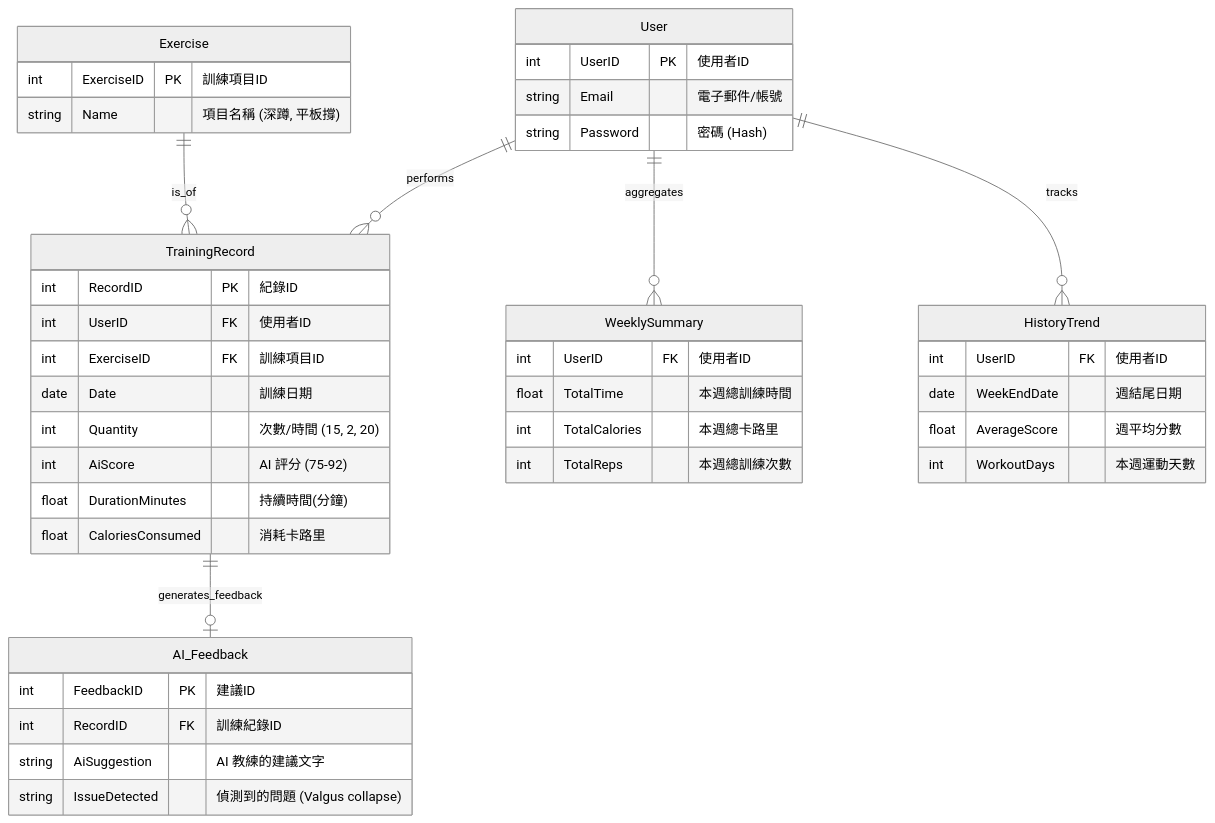
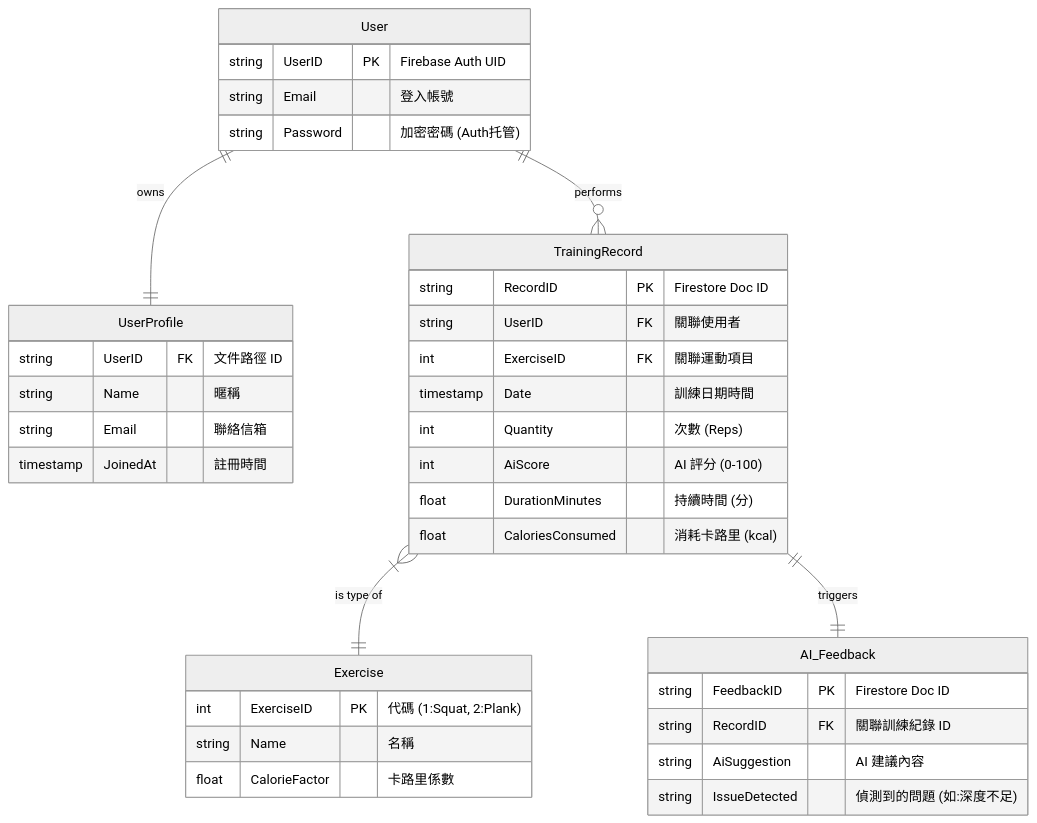
One commit to kyw012/team-project changed the diagram in hw7.md. Above: the diagram before and after it, drawn with Mermaid (neutral theme). The commit also changed other lines of this file, not shown here.

Commit message:
Revise ERD with updated entity definitions
Updated entity definitions and relationships in the ERD. Removed composite entities and refined attributes for clarity.

````diff
--- a/hw7.md
+++ b/hw7.md
@@ -3,57 +3,48 @@
 ```mermaid
 erDiagram
+    %% 使用者主體 (由 Firebase Auth 與 Firestore Profile 構成)
+    User ||--|| UserProfile : "owns"
+    User ||--o{ TrainingRecord : "performs"
+    
+    %% 訓練紀錄與其他實體的關係
+    TrainingRecord }|--|| Exercise : "is type of"
+    TrainingRecord ||--|| AI_Feedback : "triggers"
+
     %% 實體定義
     User {
-        int UserID PK "使用者ID"
-        string Email "電子郵件/帳號"
-        string Password "密碼 (Hash)"
+        string UserID PK "Firebase Auth UID"
+        string Email "登入帳號"
+        string Password "加密密碼 (Auth托管)"
+    }
+
+    UserProfile {
+        string UserID FK "文件路徑 ID"
+        string Name "暱稱"
+        string Email "聯絡信箱"
+        timestamp JoinedAt "註冊時間"
     }
 
     Exercise {
-        int ExerciseID PK "訓練項目ID"
-        string Name "項目名稱 (深蹲, 平板撐)"
+        int ExerciseID PK "代碼 (1:Squat, 2:Plank)"
+        string Name "名稱"
+        float CalorieFactor "卡路里係數"
     }
 
     TrainingRecord {
-        int RecordID PK "紀錄ID"
-        int UserID FK "使用者ID"
-        int ExerciseID FK "訓練項目ID"
-        date Date "訓練日期"
-        int Quantity "次數/時間 (15, 2, 20)"
-        int AiScore "AI 評分 (75-92)"
-        float DurationMinutes "持續時間(分鐘)"
-        float CaloriesConsumed "消耗卡路里"
+        string RecordID PK "Firestore Doc ID"
+        string UserID FK "關聯使用者"
+        int ExerciseID FK "關聯運動項目"
+        timestamp Date "訓練日期時間"
+        int Quantity "次數 (Reps)"
+        int AiScore "AI 評分 (0-100)"
+        float DurationMinutes "持續時間 (分)"
+        float CaloriesConsumed "消耗卡路里 (kcal)"
     }
 
     AI_Feedback {
-        int FeedbackID PK "建議ID"
-        int RecordID FK "訓練紀錄ID"
-        string AiSuggestion "AI 教練的建議文字"
-        string IssueDetected "偵測到的問題 (Valgus collapse)"
+        string FeedbackID PK "Firestore Doc ID"
+        string RecordID FK "關聯訓練紀錄 ID"
+        string AiSuggestion "AI 建議內容"
+        string IssueDetected "偵測到的問題 (如:深度不足)"
     }
-
-    %% 組合實體 (Composite Entities) - 基於 TrainingRecord 聚合
-
-    WeeklySummary {
-        int UserID FK "使用者ID"
-        float TotalTime "本週總訓練時間"
-        int TotalCalories "本週總卡路里"
-        int TotalReps "本週總訓練次數"
-    }
-
-    HistoryTrend {
-        int UserID FK "使用者ID"
-        date WeekEndDate "週結尾日期"
-        float AverageScore "週平均分數"
-        int WorkoutDays "本週運動天數"
-    }
-
-    %% 關係定義 (已修正，移除中文關係標籤)
-    User ||--o{ TrainingRecord : performs
-    Exercise ||--o{ TrainingRecord : is_of
-    TrainingRecord ||--o| AI_Feedback : generates_feedback
-
-    %% 組合實體與原始實體的關係
-    User ||--o{ WeeklySummary : aggregates
-    User ||--o{ HistoryTrend : tracks
 ```
````
